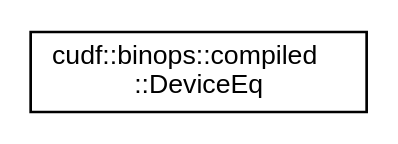
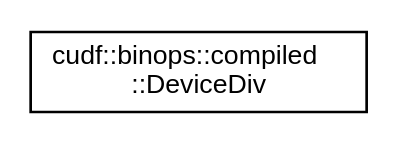
Before and after one commit to rapidsai/projects: the diagram in libcudf/0.9.0/inherit_graph_27.dot, drawn with Graphviz. The commit also changed 601 other files, not shown here.

```diff
--- a/libcudf/0.9.0/inherit_graph_27.dot
+++ b/libcudf/0.9.0/inherit_graph_27.dot
@@ -1,7 +1,7 @@
 digraph "Graphical Class Hierarchy"
 {
   edge [fontname="Helvetica",fontsize="10",labelfontname="Helvetica",labelfontsize="10"];
   node [fontname="Helvetica",fontsize="10",shape=record];
   rankdir="LR";
-  Node0 [label="cudf::binops::compiled\l::DeviceEq",height=0.2,width=0.4,color="black", fillcolor="white", style="filled",URL="$structcudf_1_1binops_1_1compiled_1_1DeviceEq.html"];
+  Node0 [label="cudf::binops::compiled\l::DeviceDiv",height=0.2,width=0.4,color="black", fillcolor="white", style="filled",URL="$structcudf_1_1binops_1_1compiled_1_1DeviceDiv.html"];
 }
```
